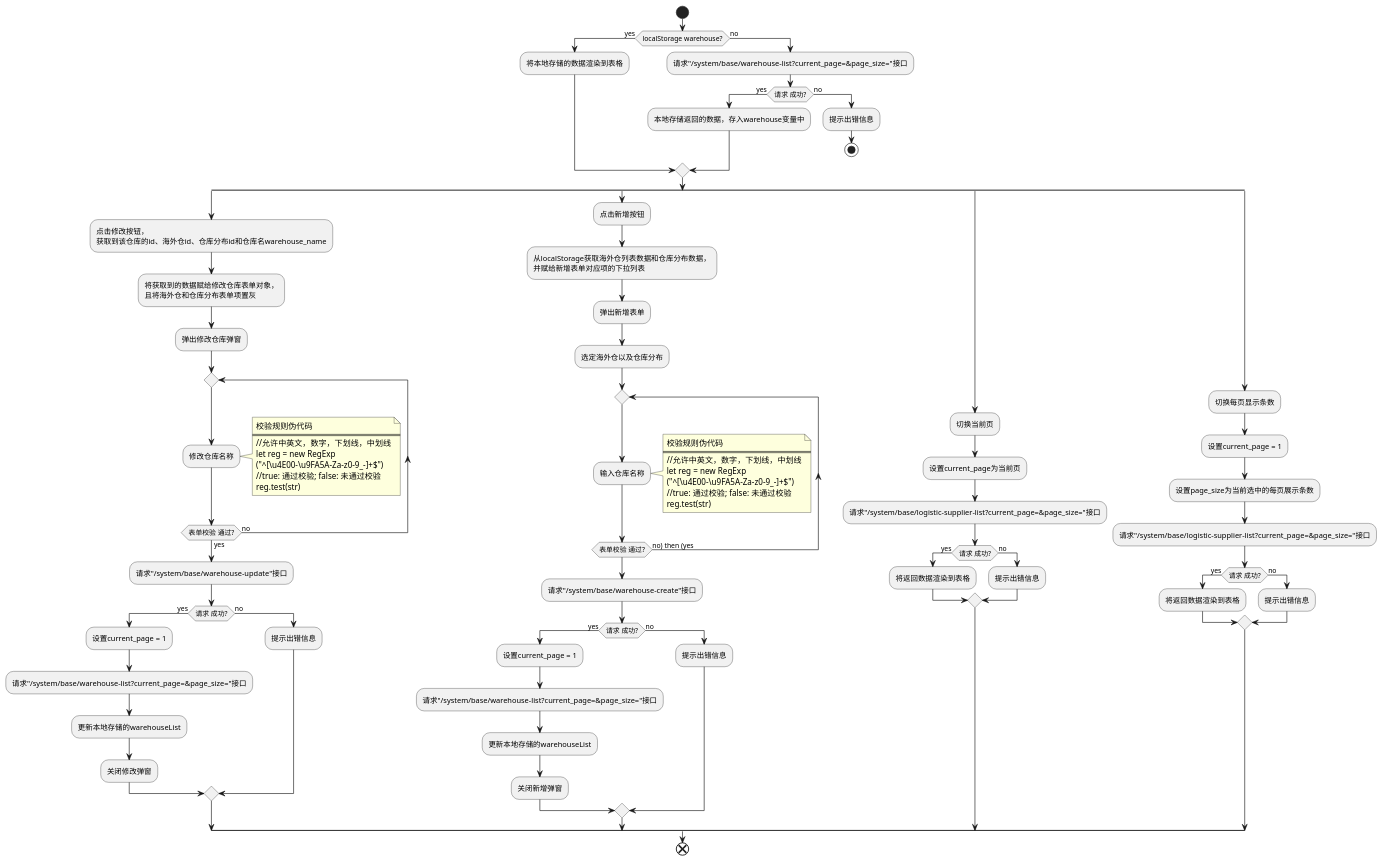
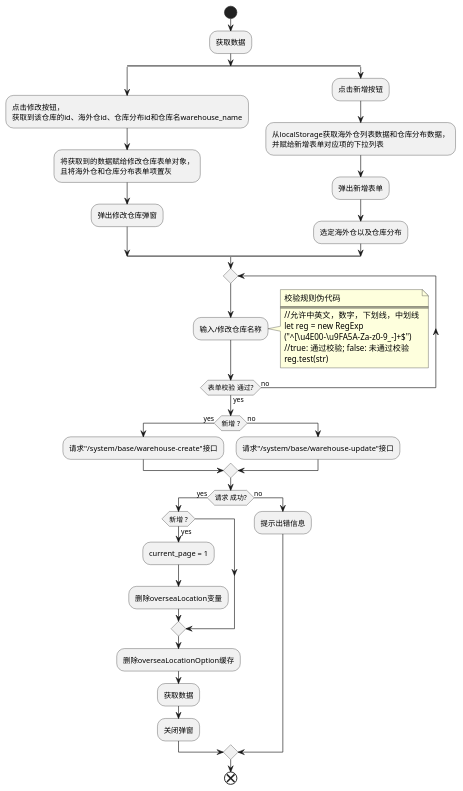
Before and after one commit to futurekidult/lis: the diagram in docs/development-flow-diagram.puml/system/get-warehouse.puml, drawn with PlantUML. The commit also changed 4 other files, not shown here.

```diff
--- a/docs/development-flow-diagram.puml/system/get-warehouse.puml
+++ b/docs/development-flow-diagram.puml/system/get-warehouse.puml
@@ -1,91 +1,48 @@
 @startuml
 
 start
-if(localStorage warehouse?) then (yes)
-  :将本地存储的数据渲染到表格;
-else (no)
-  :请求"/system/base/warehouse-list?current_page=&page_size="接口;
-  if(请求 成功?) then (yes)
-    :本地存储返回的数据，存入warehouse变量中;
-    else (no)
-      :提示出错信息;
-      stop
-    endif
-endif
+:获取数据;
 split
   :点击修改按钮，
   获取到该仓库的id、海外仓id、仓库分布id和仓库名warehouse_name;
   :将获取到的数据赋给修改仓库表单对象，
   且将海外仓和仓库分布表单项置灰;
   :弹出修改仓库弹窗;
-  repeat
-    :修改仓库名称;
+split again
+  :点击新增按钮;
+  :从localStorage获取海外仓列表数据和仓库分布数据，
+  并赋给新增表单对应项的下拉列表;
+  :弹出新增表单;
+  :选定海外仓以及仓库分布;
+end split
+repeat
+    :输入/修改仓库名称;
   repeat while(表单校验 通过?) is (no) not (yes)
   note right 
     校验规则伪代码
     ====
     //允许中英文，数字，下划线，中划线
     let reg = new RegExp
     ("^[\u4E00-\u9FA5A-Za-z0-9_-]+$")
     //true: 通过校验; false: 未通过校验
     reg.test(str) 
   end note
-  :请求"/system/base/warehouse-update"接口;
+  if(新增 ?) then (yes)
+    :请求"/system/base/warehouse-create"接口;
+  else (no)
+    :请求"/system/base/warehouse-update"接口;
+  endif
   if(请求 成功?) then (yes)
-    :设置current_page = 1;
-    :请求"/system/base/warehouse-list?current_page=&page_size="接口;
-    :更新本地存储的warehouseList;
-    :关闭修改弹窗;
+   if(新增 ?) then (yes)
+      :current_page = 1;
+      :删除overseaLocation变量;
+    endif
+    :删除overseaLocationOption缓存;
+    :获取数据;
+    :关闭弹窗;
   else (no)
     :提示出错信息;
   endif
-split again
-  :点击新增按钮;
-  :从localStorage获取海外仓列表数据和仓库分布数据，
-  并赋给新增表单对应项的下拉列表;
-  :弹出新增表单;
-  :选定海外仓以及仓库分布;
-  repeat
-    :输入仓库名称;
-  repeat while(表单校验 通过?) is (no) then (yes)
-  note right 
-    校验规则伪代码
-    ====
-    //允许中英文，数字，下划线，中划线
-    let reg = new RegExp
-    ("^[\u4E00-\u9FA5A-Za-z0-9_-]+$")
-    //true: 通过校验; false: 未通过校验
-    reg.test(str) 
-  end note
-  :请求"/system/base/warehouse-create"接口;
-  if(请求 成功?) then (yes)
-    :设置current_page = 1;
-    :请求"/system/base/warehouse-list?current_page=&page_size="接口;
-    :更新本地存储的warehouseList;
-    :关闭新增弹窗;
-  else (no)
-    :提示出错信息;
-  endif
-split again
-  :切换当前页;
-  :设置current_page为当前页;
-  :请求"/system/base/logistic-supplier-list?current_page=&page_size="接口;
-  if(请求 成功?) then (yes)
-    :将返回数据渲染到表格;
-  else (no)
-    :提示出错信息;
-  endif
-split again 
-  :切换每页显示条数;
-  :设置current_page = 1;
-  :设置page_size为当前选中的每页展示条数;
-  :请求"/system/base/logistic-supplier-list?current_page=&page_size="接口;
-  if(请求 成功?) then (yes)
-    :将返回数据渲染到表格;
-  else (no)
-    :提示出错信息;
-  endif
-end split
 end
 
 @enduml
```
